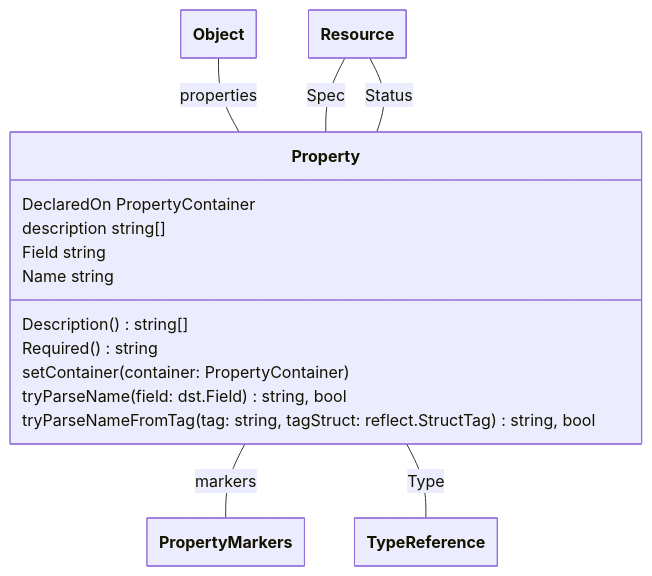
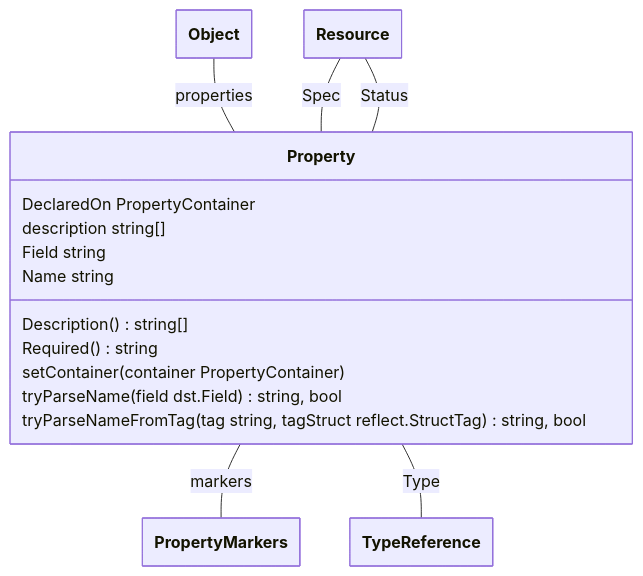
One commit to theunrepentantgeek/crddoc changed diagram 14 of 17 in docs/model/model.md. Above: the diagram before and after it, drawn with Mermaid. The commit also changed other lines of this file, not shown here.

````diff
--- a/docs/model/model.md
+++ b/docs/model/model.md
@@ -767,36 +767,36 @@
 ```mermaid
 ---
   config:
     class:
       hideEmptyMembersBox: true
 ---
 classDiagram
 
 class Property["Property"]{  
       DeclaredOn PropertyContainer  
       description string[]  
       Field string  
       Name string  
       Description()string[]  
       Required()string  
-      setContainer(container: PropertyContainer)  
-      tryParseName(field: dst.Field)string, bool  
-      tryParseNameFromTag(tag: string, tagStruct: reflect.StructTag)string, bool
+      setContainer(container PropertyContainer)  
+      tryParseName(field dst.Field)string, bool  
+      tryParseNameFromTag(tag string, tagStruct reflect.StructTag)string, bool
 
 
 } 
 
 Object -- Property : properties 
 Resource -- Property : Spec 
 Resource -- Property : Status 
 
 Property -- PropertyMarkers : markers 
 Property -- TypeReference : Type 
 
 class Object["Object"]
 class Resource["Resource"]
 class Resource["Resource"]
 class PropertyMarkers["PropertyMarkers"]
 class TypeReference["TypeReference"]
 
 ```
````
